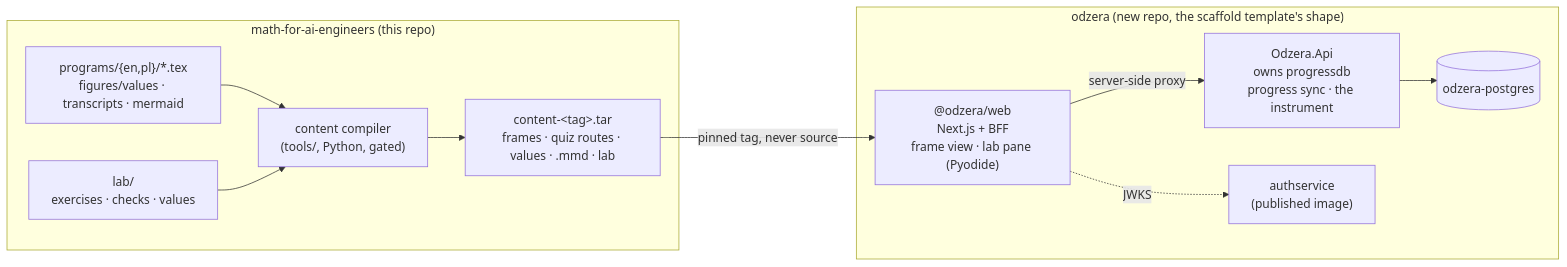
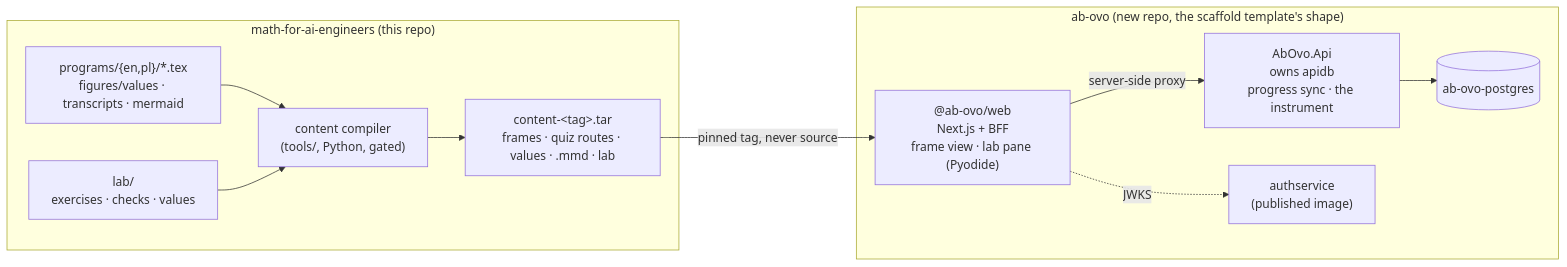
One commit to konradcinkusz/math-for-ai-engineers changed the diagram in notes/10-learning-app.md. Above: the diagram before and after it, drawn with Mermaid. The commit also changed other lines of this file and 3 other files, not shown here.

````diff
--- a/notes/10-learning-app.md
+++ b/notes/10-learning-app.md
@@ -171,21 +171,21 @@
 ```mermaid
 flowchart LR
     subgraph Book["math-for-ai-engineers (this repo)"]
         TEX["programs/{en,pl}/*.tex<br/>figures/values · transcripts · mermaid"]
         LAB["lab/<br/>exercises · checks · values"]
         CC["content compiler<br/>(tools/, Python, gated)"]
         TEX --> CC
         LAB --> CC
         CC --> BUNDLE["content-&lt;tag&gt;.tar<br/>frames · quiz routes · values · .mmd · lab"]
     end
-    subgraph App["odzera (new repo, the scaffold template's shape)"]
-        WEB["@odzera/web<br/>Next.js + BFF<br/>frame view · lab pane (Pyodide)"]
-        API["Odzera.Api<br/>owns progressdb<br/>progress sync · the instrument"]
-        PG[("odzera-postgres")]
+    subgraph App["ab-ovo (new repo, the scaffold template's shape)"]
+        WEB["@ab-ovo/web<br/>Next.js + BFF<br/>frame view · lab pane (Pyodide)"]
+        API["AbOvo.Api<br/>owns apidb<br/>progress sync · the instrument"]
+        PG[("ab-ovo-postgres")]
         AUTH["authservice<br/>(published image)"]
         WEB -->|"server-side proxy"| API
         API --> PG
         WEB -.->|"JWKS"| AUTH
     end
     BUNDLE -->|"pinned tag, never source"| WEB
 ```
````
